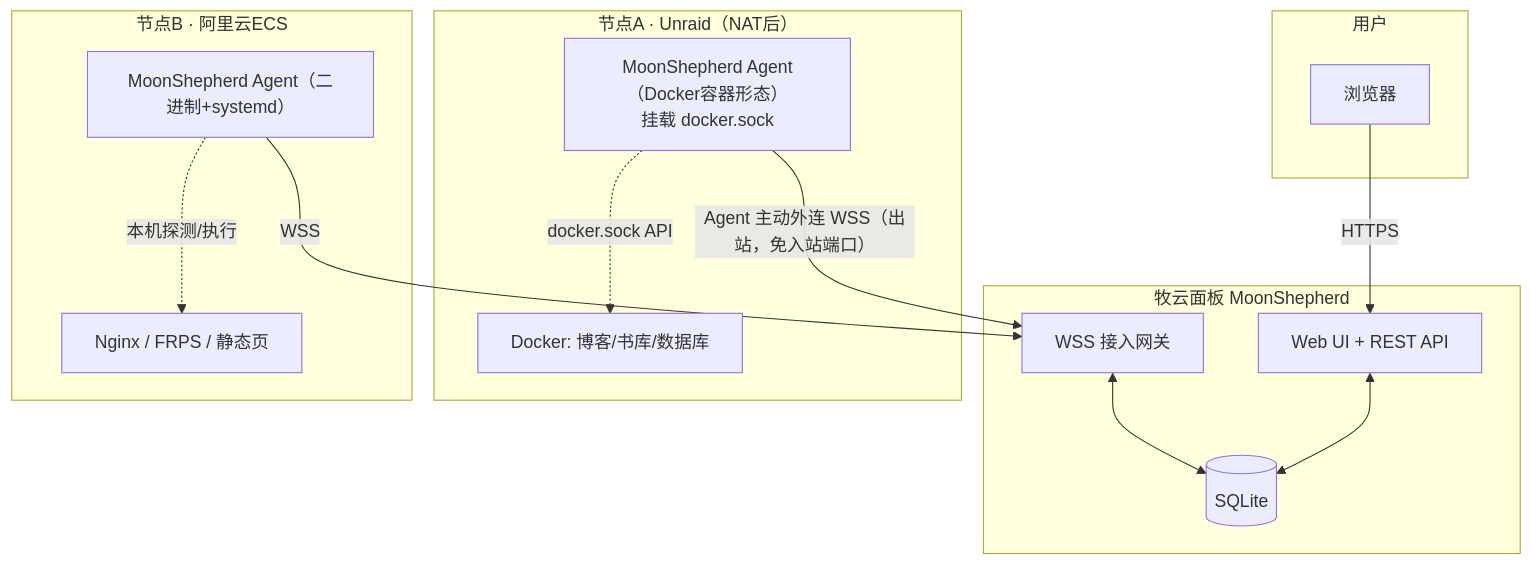
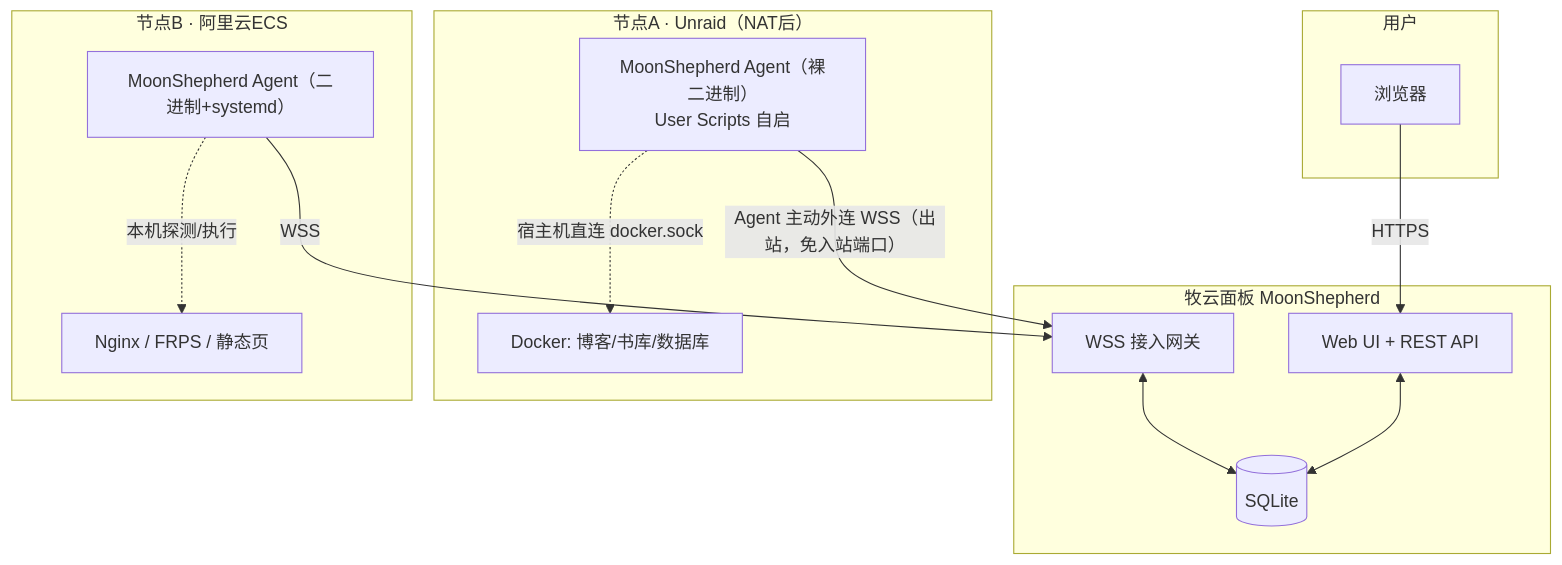
Before and after one commit to Aealen/moonshepherd: the first of 4 diagrams in docs/01-产品总体设计.md, drawn with Mermaid. The commit also changed other lines of this file and 7 other files, not shown here.

````diff
--- a/docs/01-产品总体设计.md
+++ b/docs/01-产品总体设计.md
@@ -45,30 +45,30 @@
 ```mermaid
 flowchart TB
     subgraph 用户
         U[浏览器]
     end
 
     subgraph 面板["牧云面板 MoonShepherd"]
         WEB[Web UI + REST API]
         WSS[WSS 接入网关]
         DB[(SQLite)]
     end
 
     subgraph 节点A["节点A · Unraid（NAT后）"]
-        A1["MoonShepherd Agent（Docker容器形态）<br/>挂载 docker.sock"]
+        A1["MoonShepherd Agent（裸二进制）<br/>User Scripts 自启"]
         A2[Docker: 博客/书库/数据库]
     end
 
     subgraph 节点B["节点B · 阿里云ECS"]
         B1["MoonShepherd Agent（二进制+systemd）"]
         B2[Nginx / FRPS / 静态页]
     end
 
     U -->|HTTPS| WEB
     WSS <--> DB
     WEB <--> DB
     A1 -->|"Agent 主动外连 WSS（出站，免入站端口）"| WSS
     B1 -->|WSS| WSS
-    A1 -.->|docker.sock API| A2
+    A1 -.->|宿主机直连 docker.sock| A2
     B1 -.->|本机探测/执行| B2
 ```
````
